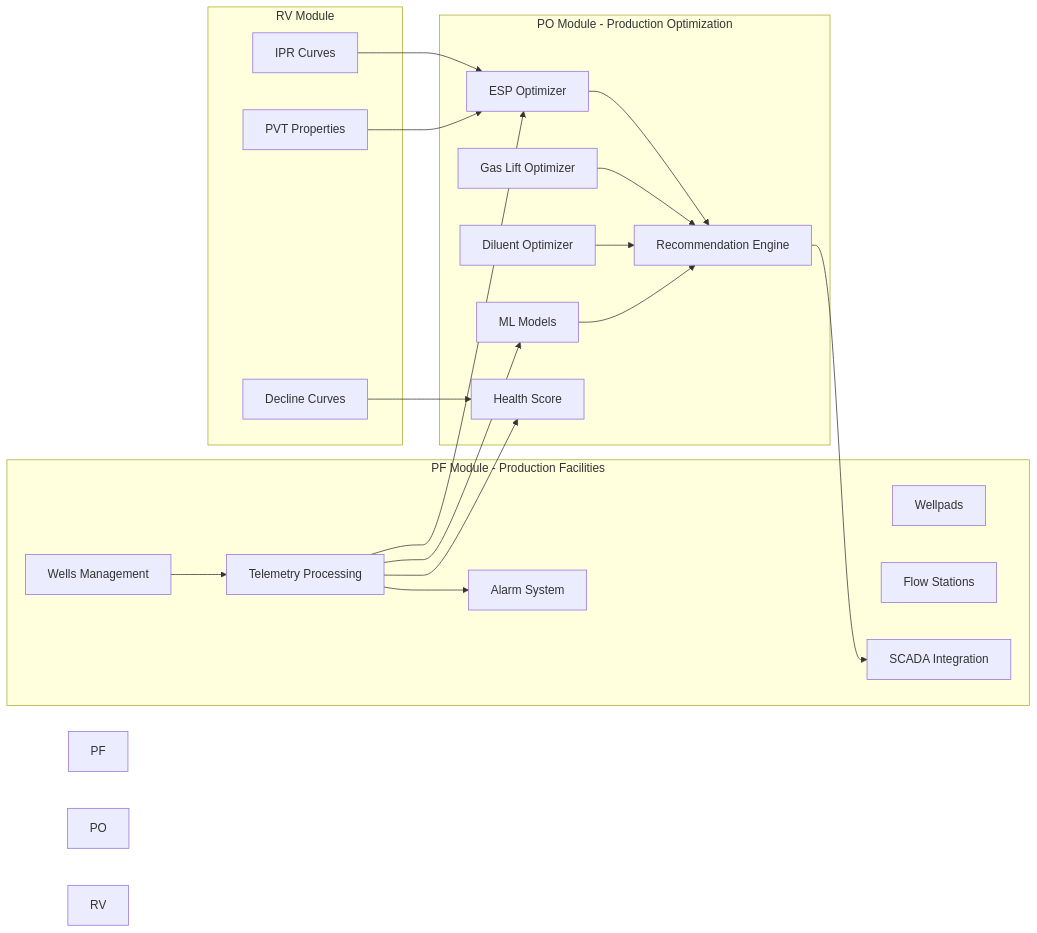
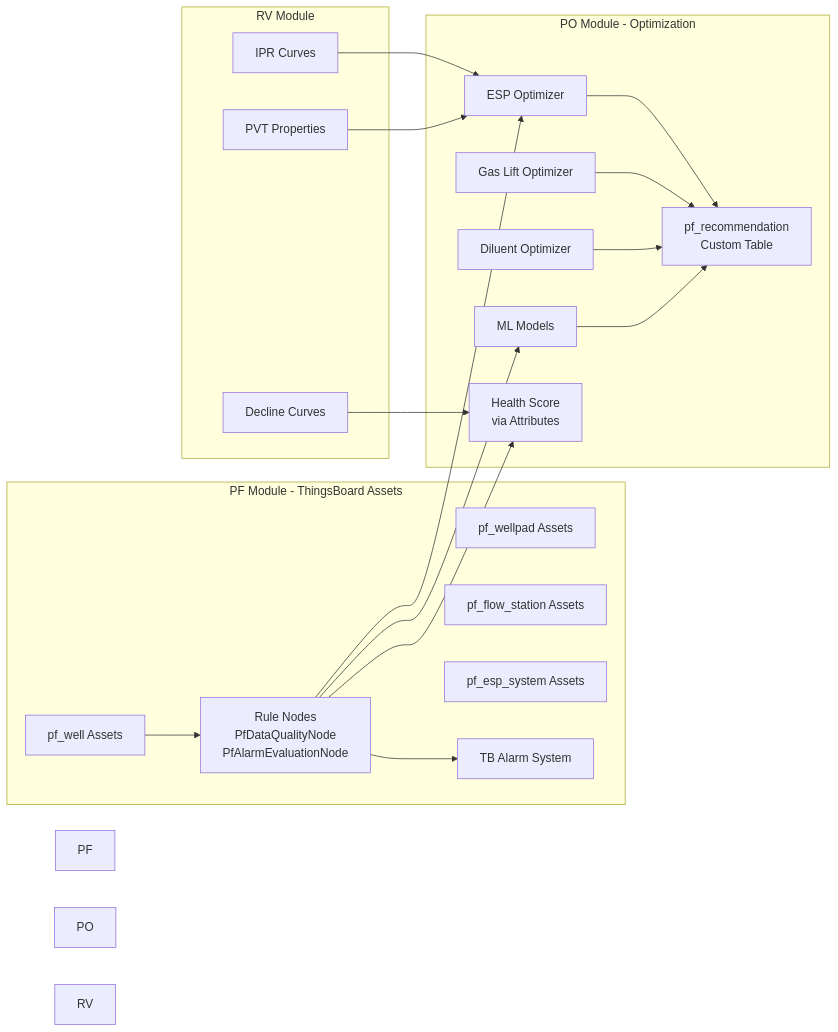
One commit to diazhh/nexus changed the second of 23 diagrams in dev/op/DIAGRAMS.md. Above: the diagram before and after it, drawn with Mermaid. The commit also changed other lines of this file and 109 other files, not shown here.

````diff
--- a/dev/op/DIAGRAMS.md
+++ b/dev/op/DIAGRAMS.md
@@ -92,47 +102,45 @@
 ```mermaid
 graph LR
     subgraph "RV Module"
         IPR[IPR Curves]
         PVT[PVT Properties]
         Decline[Decline Curves]
     end
-    
-    subgraph "PF Module - Production Facilities"
-        Wells[Wells Management]
-        Wellpads[Wellpads]
-        FlowStations[Flow Stations]
-        Telemetry[Telemetry Processing]
-        Alarms[Alarm System]
-        SCADA_Int[SCADA Integration]
+
+    subgraph "PF Module - ThingsBoard Assets"
+        Wells[pf_well Assets]
+        Wellpads[pf_wellpad Assets]
+        FlowStations[pf_flow_station Assets]
+        EspSystems[pf_esp_system Assets]
+        RuleNodes[Rule Nodes<br/>PfDataQualityNode<br/>PfAlarmEvaluationNode]
+        TBAlarms[TB Alarm System]
     end
-    
-    subgraph "PO Module - Production Optimization"
+
+    subgraph "PO Module - Optimization"
         EspOpt[ESP Optimizer]
         GasOpt[Gas Lift Optimizer]
         DilOpt[Diluent Optimizer]
         MLModels[ML Models]
-        HealthScore[Health Score]
-        Recommendations[Recommendation Engine]
+        HealthScore[Health Score<br/>via Attributes]
+        Recommendations[pf_recommendation<br/>Custom Table]
     end
-    
+
     IPR --> EspOpt
     PVT --> EspOpt
     Decline --> HealthScore
-    
-    Wells --> Telemetry
-    Telemetry --> Alarms
-    Telemetry --> EspOpt
-    Telemetry --> MLModels
-    Telemetry --> HealthScore
-    
+
+    Wells --> RuleNodes
+    RuleNodes --> TBAlarms
+    RuleNodes --> EspOpt
+    RuleNodes --> MLModels
+    RuleNodes --> HealthScore
+
     EspOpt --> Recommendations
     GasOpt --> Recommendations
     DilOpt --> Recommendations
     MLModels --> Recommendations
-    
-    Recommendations --> SCADA_Int
-    
+
     style PF Module fill:#E3F2FD
     style PO Module fill:#E8F5E9
     style RV Module fill:#FFF3E0
 ```
````
